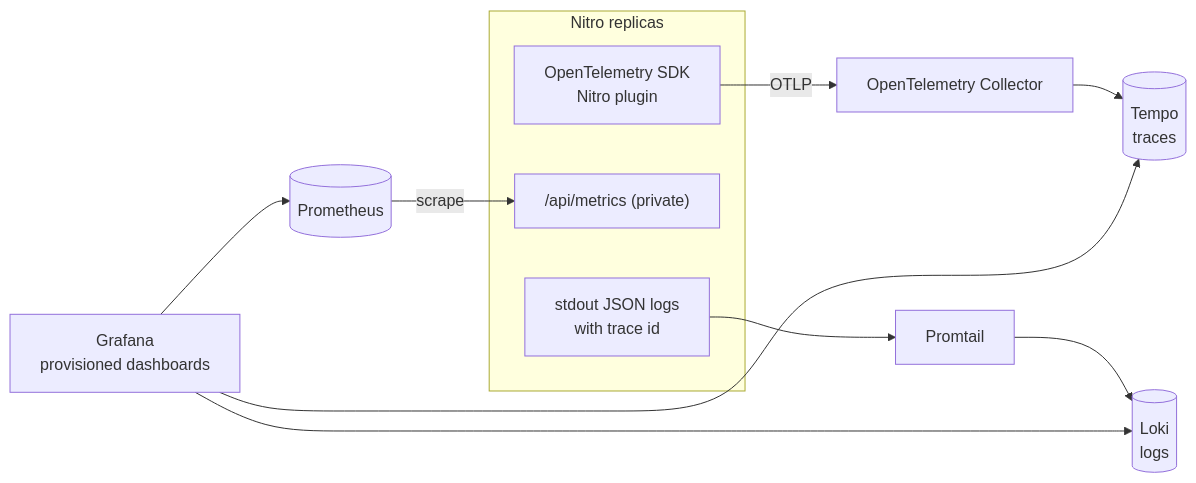
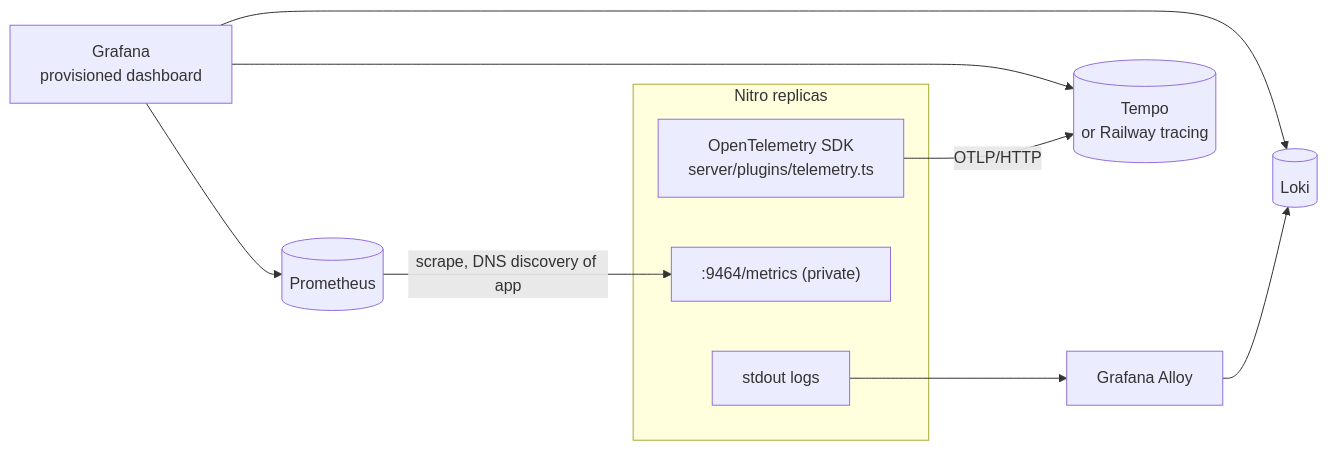
The diagram in docs/system-design/10-observability.md (AlexGalhardo/nuxtjs-marketplace), drawn with Mermaid before and after one commit. The commit also changed other lines of this file and 11 other files, not shown here.

````diff
--- a/docs/system-design/10-observability.md
+++ b/docs/system-design/10-observability.md
@@ -24,19 +20,18 @@
 ```mermaid
 flowchart LR
   subgraph app[Nitro replicas]
-    otel[OpenTelemetry SDK<br/>Nitro plugin]
-    metrics["/api/metrics (private)"]
-    logs[stdout JSON logs<br/>with trace id]
+    otel["OpenTelemetry SDK<br/>server/plugins/telemetry.ts"]
+    metrics[":9464/metrics (private)"]
+    logs[stdout logs]
   end
-  collector[OpenTelemetry Collector]
+  tempo[("Tempo<br/>or Railway tracing")]
   prom[(Prometheus)]
-  tempo[(Tempo<br/>traces)]
-  loki[(Loki<br/>logs)]
-  promtail[Promtail]
-  grafana[Grafana<br/>provisioned dashboards]
+  alloy[Grafana Alloy]
+  loki[(Loki)]
+  grafana["Grafana<br/>provisioned dashboard"]
 
-  otel -->|OTLP| collector --> tempo
-  prom -->|scrape| metrics
-  logs --> promtail --> loki
+  otel -->|"OTLP/HTTP"| tempo
+  prom -->|"scrape, DNS discovery of app"| metrics
+  logs --> alloy --> loki
   grafana --> prom & tempo & loki
 ```
````
